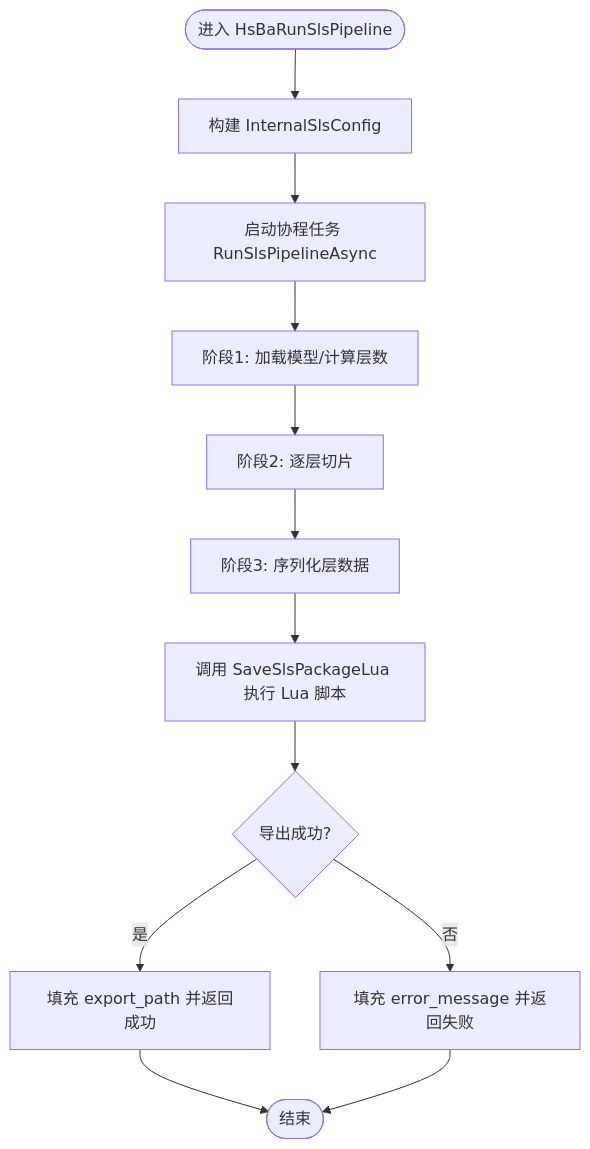
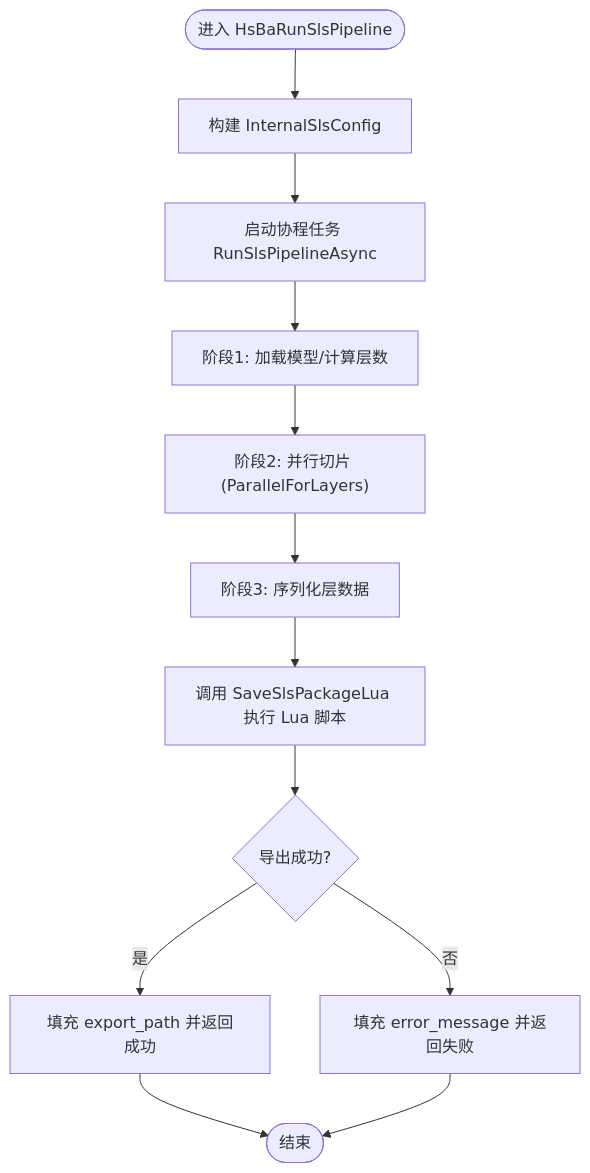
The fourth of 7 diagrams in .qoder/repowiki/zh/content/核心模块详解/SLS选择性激光烧结流水线.md (hsmbanlance/HsBaSlicer), drawn with Mermaid before and after one commit. The commit also changed other lines of this file and 20 other files, not shown here.

````diff
--- a/.qoder/repowiki/zh/content/核心模块详解/SLS选择性激光烧结流水线.md
+++ b/.qoder/repowiki/zh/content/核心模块详解/SLS选择性激光烧结流水线.md
@@ -148,14 +209,14 @@
 ```mermaid
 flowchart TD
 Start(["进入 HsBaRunSlsPipeline"]) --> BuildCfg["构建 InternalSlsConfig"]
 BuildCfg --> Task["启动协程任务 RunSlsPipelineAsync"]
 Task --> Preprocess["阶段1: 加载模型/计算层数"]
-Preprocess --> Slice["阶段2: 逐层切片"]
-Slice --> Serialize["阶段3: 序列化层数据"]
+Preprocess --> ParallelSlice["阶段2: 并行切片 (ParallelForLayers)"]
+ParallelSlice --> Serialize["阶段3: 序列化层数据"]
 Serialize --> ExportLua["调用 SaveSlsPackageLua 执行 Lua 脚本"]
 ExportLua --> Result{"导出成功?"}
 Result --> |是| Success["填充 export_path 并返回成功"]
 Result --> |否| Fail["填充 error_message 并返回失败"]
 Success --> End(["结束"])
 Fail --> End
 ```
````
